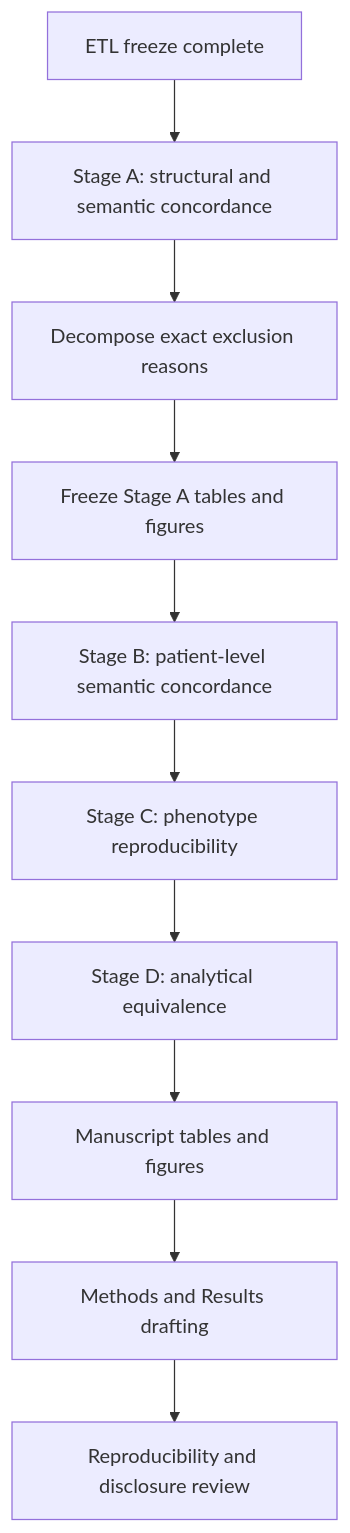
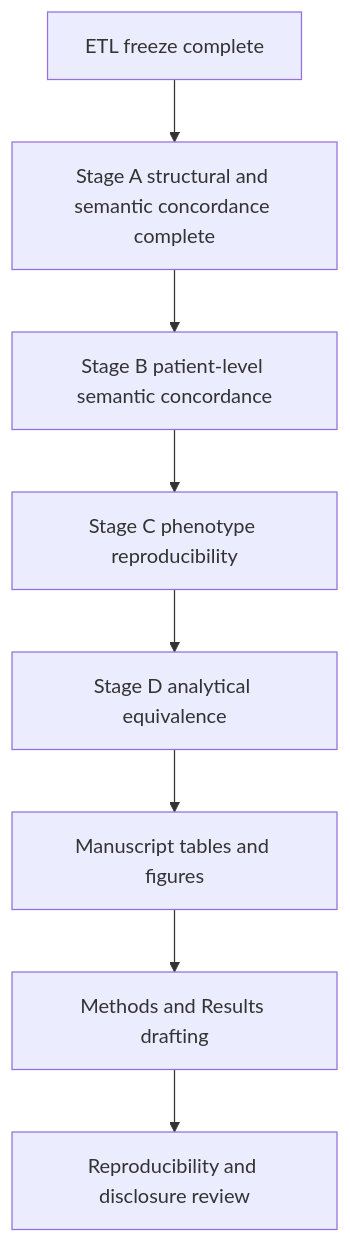
The second of 2 diagrams in docs/current_status_and_publication_plan.md (vafaei-ar/pcornet-omop-validation), drawn with Mermaid before and after one commit. The commit also changed other lines of this file, not shown here.

Commit message:
Mark Stage A complete and advance publication plan to Stage B

````diff
--- a/docs/current_status_and_publication_plan.md
+++ b/docs/current_status_and_publication_plan.md
@@ -76,12 +77,10 @@
 ```mermaid
 flowchart TD
-    A[ETL freeze complete] --> B[Stage A: structural and semantic concordance]
-    B --> B1[Decompose exact exclusion reasons]
-    B1 --> B2[Freeze Stage A tables and figures]
-    B2 --> C[Stage B: patient-level semantic concordance]
-    C --> D[Stage C: phenotype reproducibility]
-    D --> E[Stage D: analytical equivalence]
+    A[ETL freeze complete] --> B[Stage A structural and semantic concordance complete]
+    B --> C[Stage B patient-level semantic concordance]
+    C --> D[Stage C phenotype reproducibility]
+    D --> E[Stage D analytical equivalence]
     E --> F[Manuscript tables and figures]
     F --> G[Methods and Results drafting]
     G --> H[Reproducibility and disclosure review]
 ```
````
